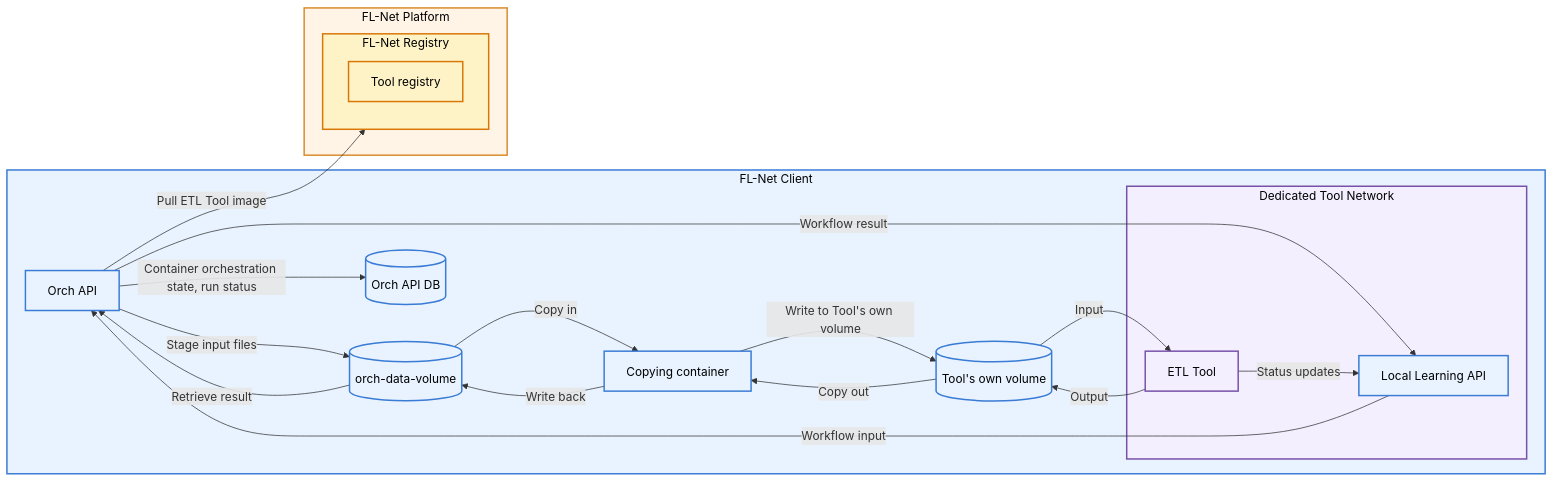
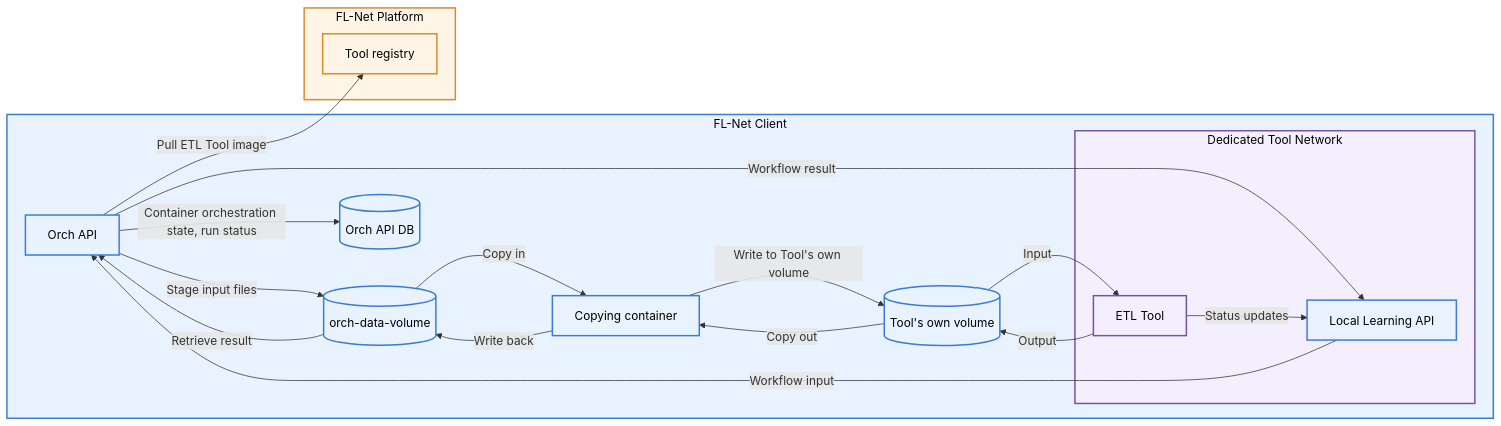
Before and after one commit to FedLearnNet/Documentation: the seventh of 12 diagrams in docs/intro/architecture/data-flow-client.md, drawn with Mermaid. The commit also changed other lines of this file and 6 other files, not shown here.

Commit message:
adjusted for deploying registry on the platform

````diff
--- a/docs/intro/architecture/data-flow-client.md
+++ b/docs/intro/architecture/data-flow-client.md
@@ -320,49 +321,45 @@
 ```mermaid
 flowchart LR
     subgraph CLIENT[FL-Net Client]
         ORCH[Orch API]
         DATA[("orch-data-volume")]
         COPY["Copying container"]
         TVOL[("Tool's own volume")]
         DB2[(Orch API DB)]
 
         subgraph TOOLNETWORK[Dedicated Tool Network]
             LLA[Local Learning API]
             TOOL[ETL Tool]
         end
     end
 
     subgraph PLATFORM[FL-Net Platform]
-        subgraph REGISTRY[FL-Net Registry]
-            REG[Tool registry]
-        end
+        REG[Tool registry]
     end
 
     classDef client fill:#e8f3ff,stroke:#3a7bd5,stroke-width:2px,color:#000
     classDef toolnet fill:#f4efff,stroke:#7651a8,stroke-width:2px,color:#000
-    classDef registry fill:#fef3c7,stroke:#d97706,stroke-width:2px,color:#000
     classDef platform fill:#fff4e5,stroke:#d98b2b,stroke-width:2px,color:#000
 
     class LLA,ORCH,DATA,COPY,TVOL,DB2 client
     class TOOL toolnet
-    class REG registry
+    class REG platform
 
     style CLIENT fill:#e8f3ff,stroke:#3a7bd5,stroke-width:2px,color:#000
     style TOOLNETWORK fill:#f4efff,stroke:#7651a8,stroke-width:2px,color:#000
     style PLATFORM fill:#fff4e5,stroke:#d98b2b,stroke-width:2px,color:#000
-    style REGISTRY fill:#fef3c7,stroke:#d97706,stroke-width:2px,color:#000
 
     LLA -->|Workflow input| ORCH
-    ORCH -->|Pull ETL Tool image| REGISTRY
+    ORCH -->|Pull ETL Tool image| REG
     ORCH -->|Stage input files| DATA
     DATA -->|Copy in| COPY
     COPY -->|Write to Tool's own volume| TVOL
     TVOL -->|Input| TOOL
     TOOL -->|Output| TVOL
     TVOL -->|Copy out| COPY
     COPY -->|Write back| DATA
     DATA -->|Retrieve result| ORCH
     ORCH -->|Workflow result| LLA
     TOOL -->|Status updates| LLA
     ORCH -->|Container orchestration state, run status| DB2
 ```
````
